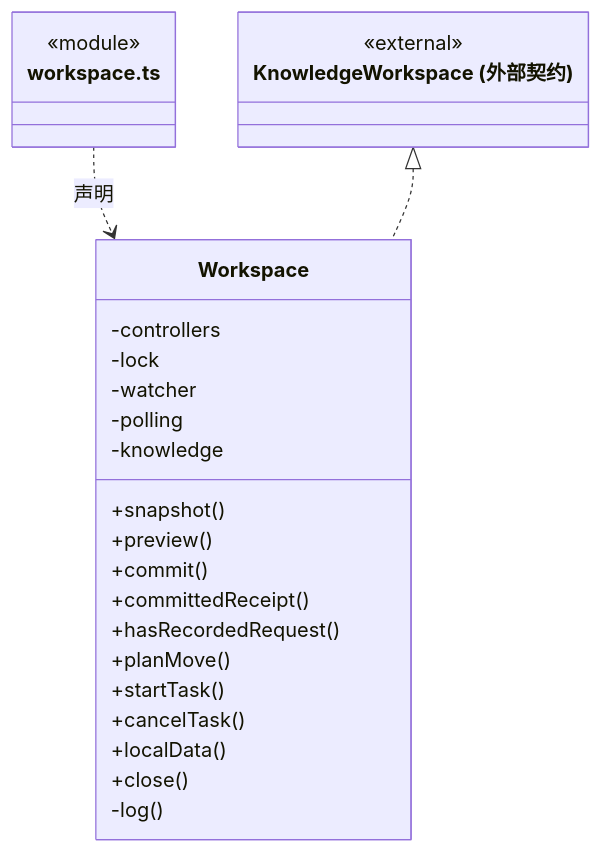
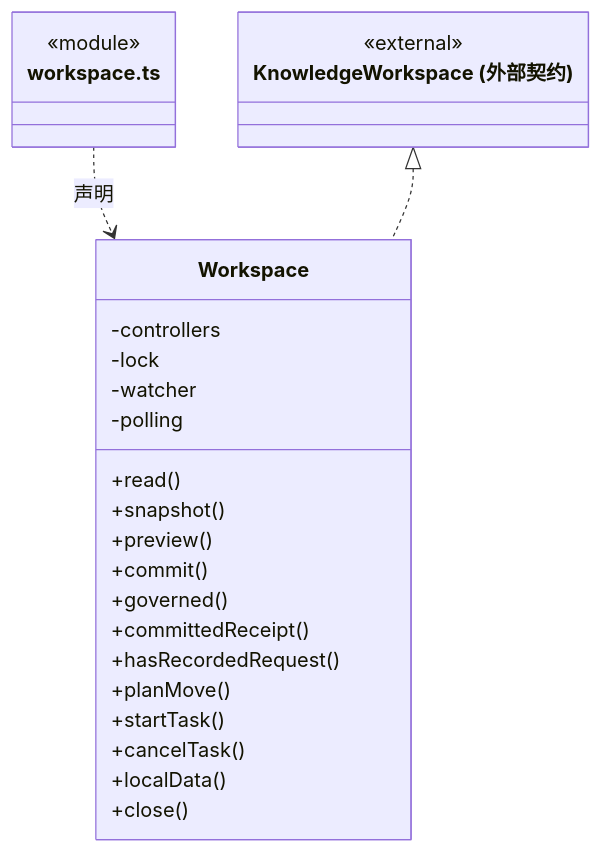
Before and after one commit to nan023062/cbim: the fourth of 6 diagrams in src/backend/main/workspace/ARCHITECTURE.md, drawn with Mermaid. The commit also changed other lines of this file and 50 other files, not shown here.

````diff
--- a/src/backend/main/workspace/ARCHITECTURE.md
+++ b/src/backend/main/workspace/ARCHITECTURE.md
@@ -96,29 +96,29 @@
 ```mermaid
 classDiagram
 class N_src_backend_main_workspace_workspace_ts["workspace.ts"] {
   <<module>>
 }
 class N_src_backend_main_workspace_workspace_ts_Workspace["Workspace"] {
+  +read()
   +snapshot()
   +preview()
   +commit()
+  +governed()
   +committedReceipt()
   +hasRecordedRequest()
   +planMove()
   +startTask()
   +cancelTask()
   +localData()
   +close()
   -controllers
   -lock
   -watcher
   -polling
-  -knowledge
-  -log()
 }
 N_src_backend_main_workspace_workspace_ts ..> N_src_backend_main_workspace_workspace_ts_Workspace : 声明
 class N_src_backend_main_workspace_workspace_ts_external_KnowledgeWorkspace["KnowledgeWorkspace (外部契约)"] {
   <<external>>
 }
 N_src_backend_main_workspace_workspace_ts_external_KnowledgeWorkspace <|.. N_src_backend_main_workspace_workspace_ts_Workspace
 ```
````
